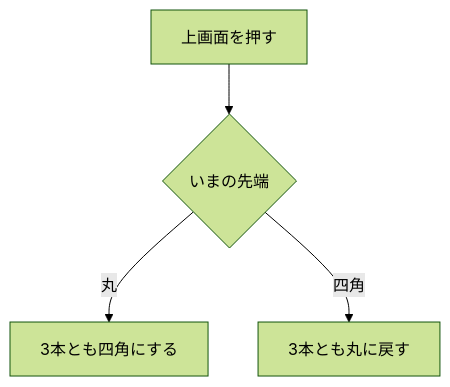
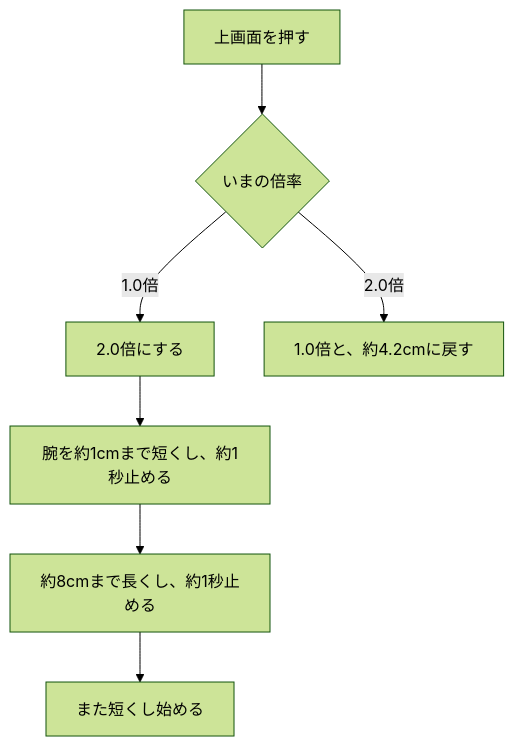
The sixth of 9 diagrams in spinner/ドキュメント/ユースケース.md (pfgnsb/hand-spinner), drawn with Mermaid (forest theme) before and after one commit. The commit also changed other lines of this file and 10 other files, not shown here.

````diff
--- a/spinner/ドキュメント/ユースケース.md
+++ b/spinner/ドキュメント/ユースケース.md
@@ -128,6 +130,9 @@
 ```mermaid
 flowchart TD
-  a[上画面を押す] --> b{いまの先端}
-  b -->|丸| c[3本とも四角にする]
-  b -->|四角| d[3本とも丸に戻す]
+  a[上画面を押す] --> b{いまの倍率}
+  b -->|1.0倍| c[2.0倍にする]
+  c --> e[腕を約1cmまで短くし、約1秒止める]
+  e --> f[約8cmまで長くし、約1秒止める]
+  f --> g[また短くし始める]
+  b -->|2.0倍| d[1.0倍と、約4.2cmに戻す]
 ```
````
